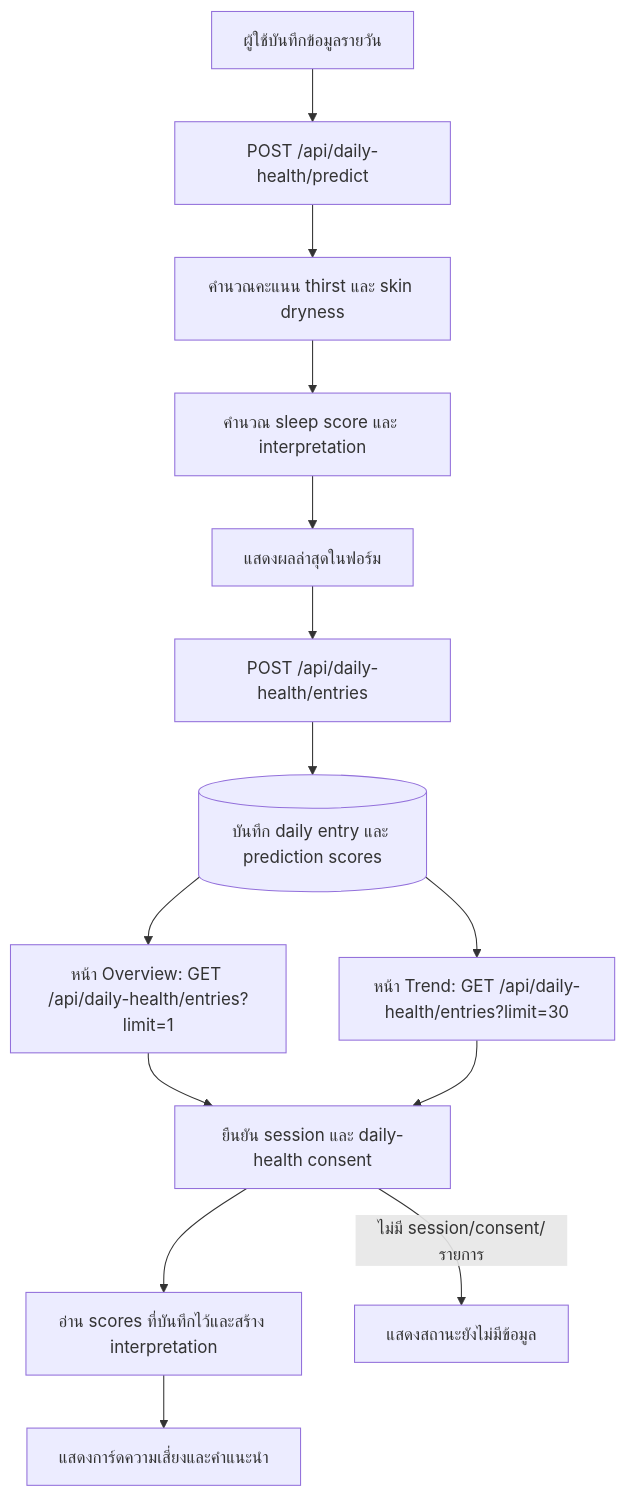
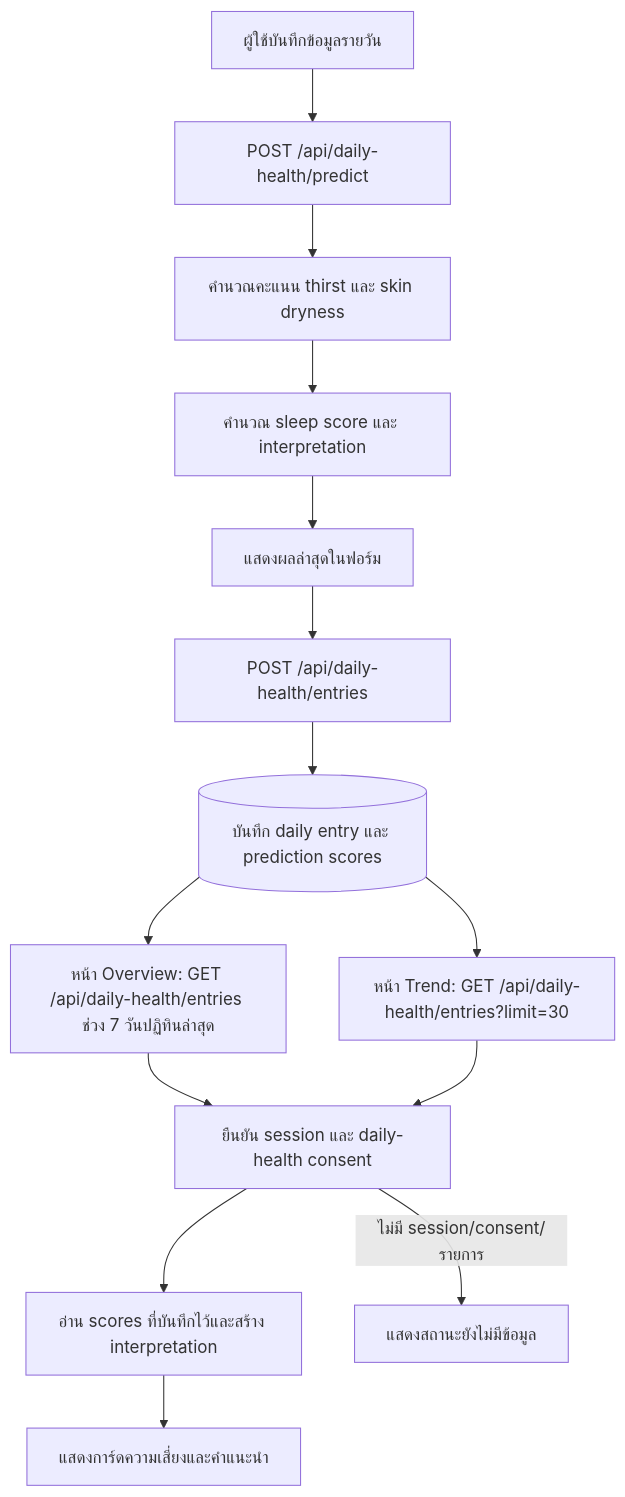
Before and after one commit to PacharaponK/Aphrodize: the second of 3 diagrams in docs/Daily-Health-Input-Flow.md, drawn with Mermaid. The commit also changed other lines of this file and 32 other files, not shown here.

````diff
--- a/docs/Daily-Health-Input-Flow.md
+++ b/docs/Daily-Health-Input-Flow.md
@@ -67,16 +74,16 @@
 ```mermaid
 flowchart TD
     A[ผู้ใช้บันทึกข้อมูลรายวัน] --> B[POST /api/daily-health/predict]
     B --> C[คำนวณคะแนน thirst และ skin dryness]
     C --> D[คำนวณ sleep score และ interpretation]
     D --> E[แสดงผลล่าสุดในฟอร์ม]
     E --> F[POST /api/daily-health/entries]
     F --> G[(บันทึก daily entry และ prediction scores)]
-    G --> H[หน้า Overview: GET /api/daily-health/entries?limit=1]
+    G --> H[หน้า Overview: GET /api/daily-health/entries ช่วง 7 วันปฏิทินล่าสุด]
     G --> I[หน้า Trend: GET /api/daily-health/entries?limit=30]
     H --> J[ยืนยัน session และ daily-health consent]
     I --> J
     J --> K[อ่าน scores ที่บันทึกไว้และสร้าง interpretation]
     K --> L[แสดงการ์ดความเสี่ยงและคำแนะนำ]
     J -- ไม่มี session/consent/รายการ --> M[แสดงสถานะยังไม่มีข้อมูล]
 ```
````
